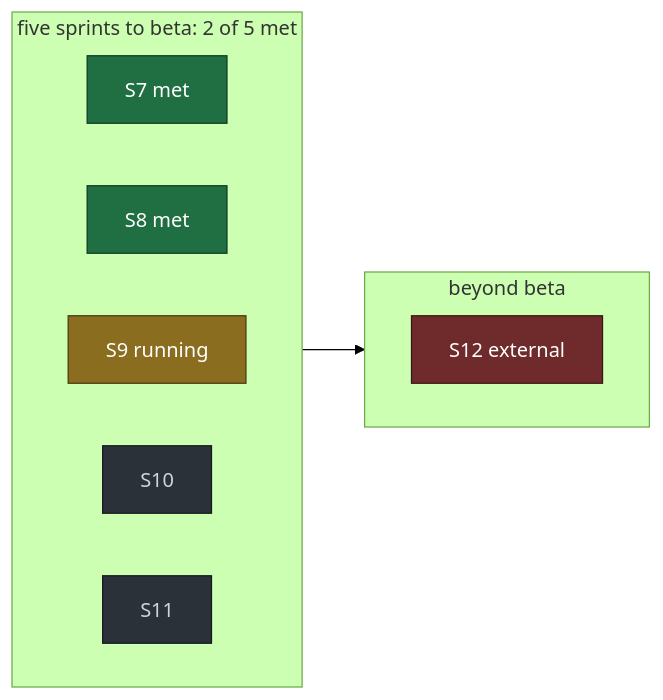
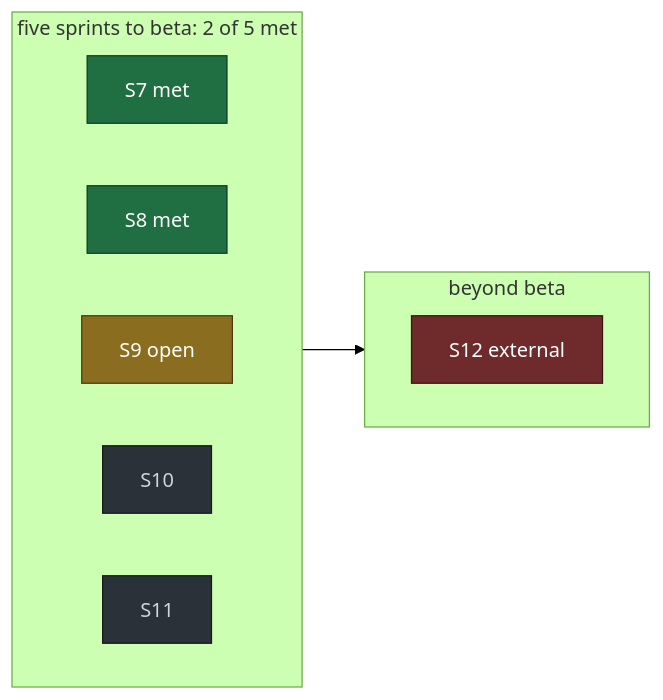
Before and after one commit to jerzy99jerzy/air-alert-early-warning: the second of 2 diagrams in docs/MVP.md, drawn with Mermaid (forest theme). The commit also changed other lines of this file and 9 other files, not shown here.

````diff
--- a/docs/MVP.md
+++ b/docs/MVP.md
@@ -259,26 +259,26 @@
 ```mermaid
 flowchart LR
     subgraph P["five sprints to beta: 2 of 5 met"]
         direction LR
         A["S7 met"]
         B["S8 met"]
-        C["S9 running"]
+        C["S9 open"]
         D["S10"]
         E["S11"]
     end
     subgraph Q["beyond beta"]
         direction LR
         F["S12 external"]
     end
     P --> Q
 
     classDef met fill:#1f6f43,stroke:#0d3b24,color:#ffffff
     classDef running fill:#8a6d1f,stroke:#4a3a10,color:#ffffff
     classDef todo fill:#2b3138,stroke:#161a1f,color:#cdd6de
     classDef blocked fill:#6f2b2b,stroke:#3b1616,color:#ffffff
 
     class A,B met
     class C running
     class D,E todo
     class F blocked
 ```
````
